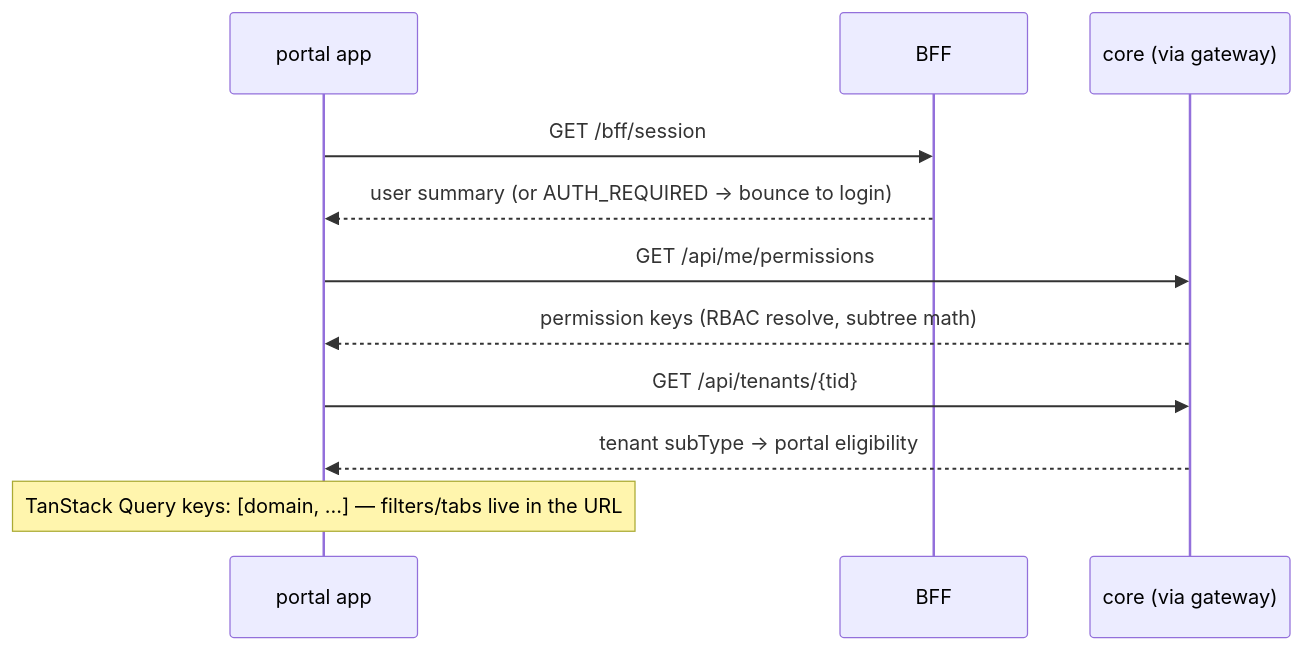
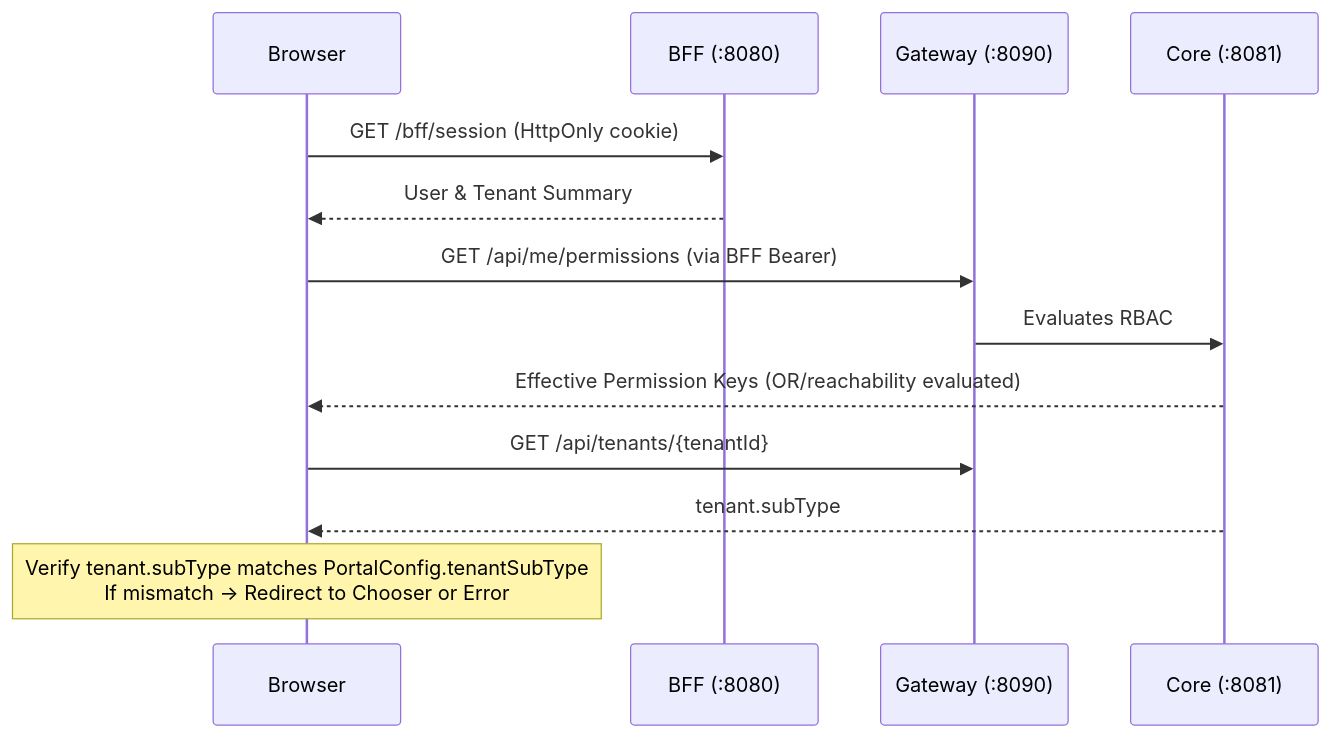
Before and after one commit to FathimaBadar/FinancialServicesPlatform: the second of 4 diagrams in docs/architecture/09-frontend-portals.md, drawn with Mermaid. The commit also changed other lines of this file and 16 other files, not shown here.

````diff
--- a/docs/architecture/09-frontend-portals.md
+++ b/docs/architecture/09-frontend-portals.md
@@ -28,13 +35,16 @@
 ```mermaid
 sequenceDiagram
-    participant SPA as portal app
-    participant F as BFF
-    participant C as core (via gateway)
-    SPA->>F: GET /bff/session
-    F-->>SPA: user summary (or AUTH_REQUIRED → bounce to login)
-    SPA->>C: GET /api/me/permissions
-    C-->>SPA: permission keys (RBAC resolve, subtree math)
-    SPA->>C: GET /api/tenants/{tid}
-    C-->>SPA: tenant subType → portal eligibility
-    Note over SPA: TanStack Query keys: [domain, ...] — filters/tabs live in the URL
+    participant Browser
+    participant BFF as BFF (:8080)
+    participant GW as Gateway (:8090)
+    participant Core as Core (:8081)
+
+    Browser->>BFF: GET /bff/session (HttpOnly cookie)
+    BFF-->>Browser: User & Tenant Summary
+    Browser->>GW: GET /api/me/permissions (via BFF Bearer)
+    GW->>Core: Evaluates RBAC
+    Core-->>Browser: Effective Permission Keys (OR/reachability evaluated)
+    Browser->>GW: GET /api/tenants/{tenantId}
+    Core-->>Browser: tenant.subType
+    Note over Browser: Verify tenant.subType matches PortalConfig.tenantSubType<br/>If mismatch -> Redirect to Chooser or Error
 ```
````
